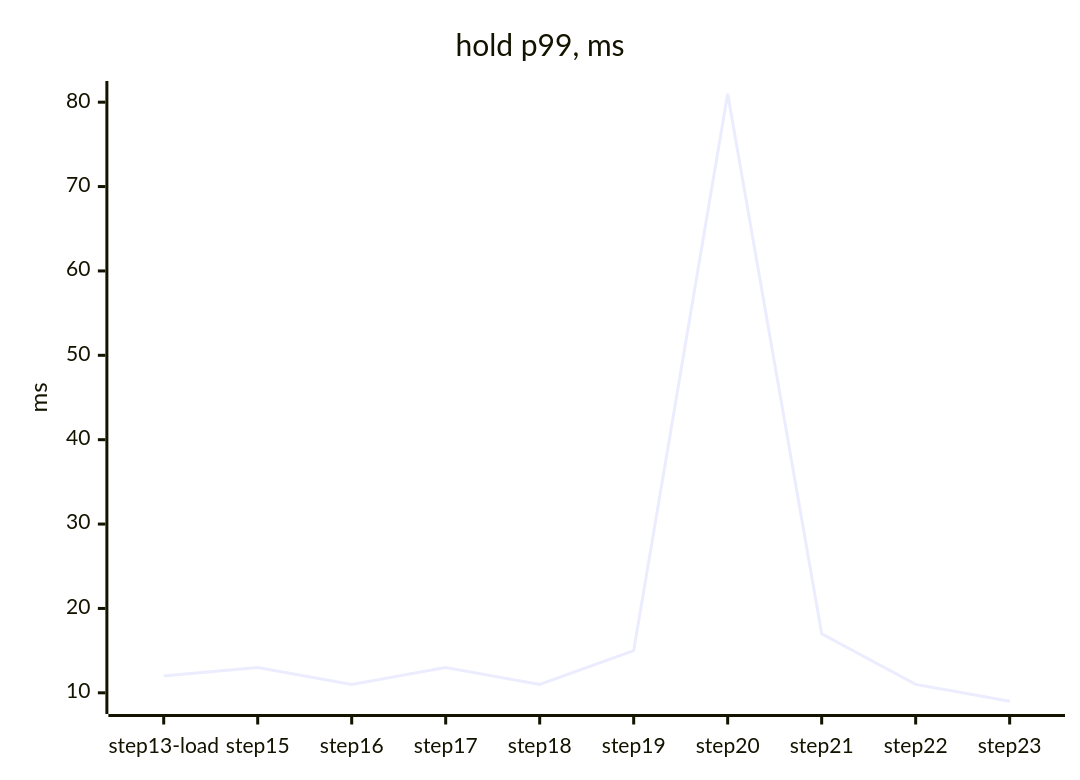
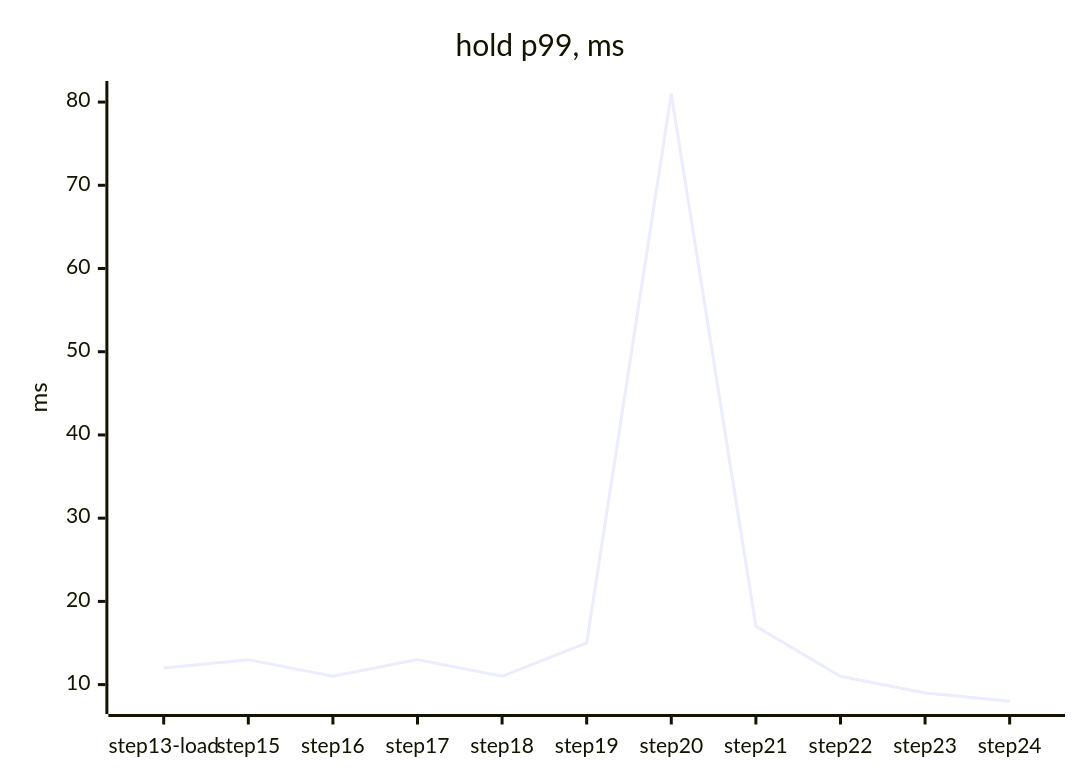
Before and after one commit to tanvoid0/ledgerflow: the second of 4 diagrams in docs/perf/README.md, drawn with Mermaid. The commit also changed other lines of this file and 5 other files, not shown here.

````diff
--- a/docs/perf/README.md
+++ b/docs/perf/README.md
@@ -53,7 +55,7 @@
 ```mermaid
 xychart-beta
     title "hold p99, ms"
-    x-axis ["step13-load", "step15", "step16", "step17", "step18", "step19", "step20", "step21", "step22", "step23"]
+    x-axis ["step13-load", "step15", "step16", "step17", "step18", "step19", "step20", "step21", "step22", "step23", "step24"]
     y-axis "ms"
-    line [12, 13, 11, 13, 11, 15, 81, 17, 11, 9]
+    line [12, 13, 11, 13, 11, 15, 81, 17, 11, 9, 8]
 ```
````
